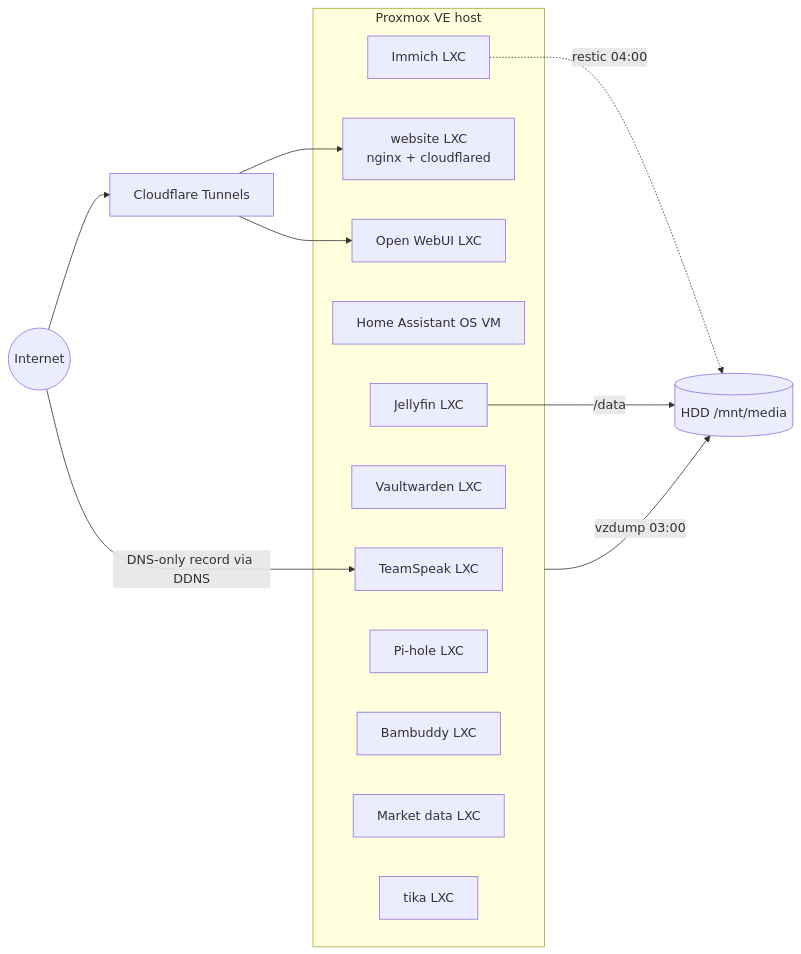
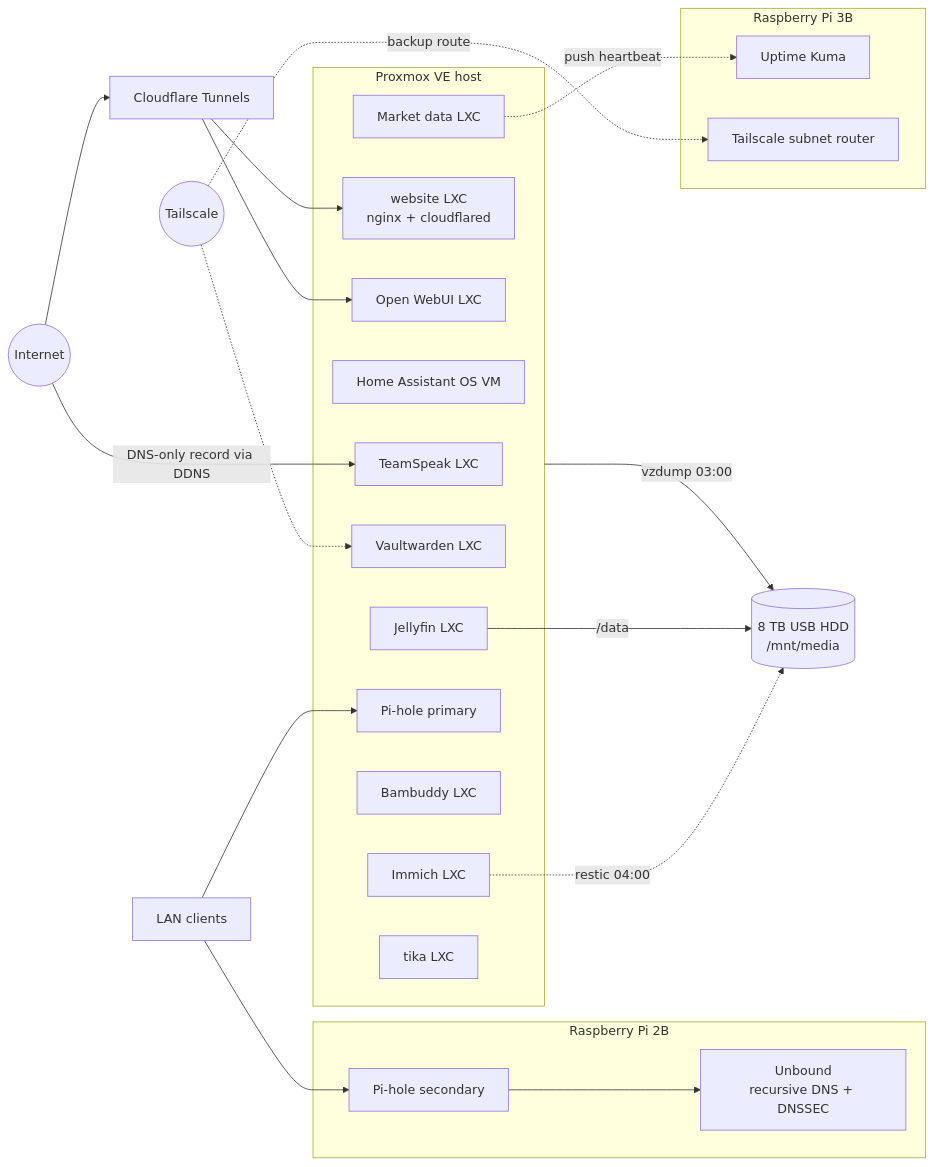
One commit to robinw0410/homelab changed the diagram in README.md. Above: the diagram before and after it, drawn with Mermaid. The commit also changed other lines of this file and 4 other files, not shown here.

````diff
--- a/README.md
+++ b/README.md
@@ -10,25 +21,38 @@
 ```mermaid
 flowchart LR
     internet((Internet)) --> cf[Cloudflare Tunnels]
     internet -- DNS-only record via DDNS --> ts6
     cf --> web[website LXC<br/>nginx + cloudflared]
     cf --> owui[Open WebUI LXC]
 
     subgraph pve[Proxmox VE host]
         web
         owui
         ha[Home Assistant OS VM]
         immich[Immich LXC]
         vw[Vaultwarden LXC]
         jf[Jellyfin LXC]
-        ph[Pi-hole LXC]
+        ph1[Pi-hole primary]
         ts6[TeamSpeak LXC]
         bb[Bambuddy LXC]
         mkt[Market data LXC]
         tika[tika LXC]
     end
 
-    pve -- vzdump 03:00 --> hdd[(HDD /mnt/media)]
+    subgraph pi2[Raspberry Pi 2B]
+        ph2[Pi-hole secondary] --> unbound[Unbound<br/>recursive DNS + DNSSEC]
+    end
+
+    subgraph pi3[Raspberry Pi 3B]
+        kuma[Uptime Kuma]
+        tsr[Tailscale subnet router]
+    end
+
+    clients[LAN clients] --> ph1 & ph2
+    tailnet((Tailscale)) -.-> vw
+    tailnet -. backup route .-> tsr
+    mkt -. push heartbeat .-> kuma
+    pve -- vzdump 03:00 --> hdd[(8 TB USB HDD<br/>/mnt/media)]
     immich -. restic 04:00 .-> hdd
     jf -- /data --> hdd
 ```
````
